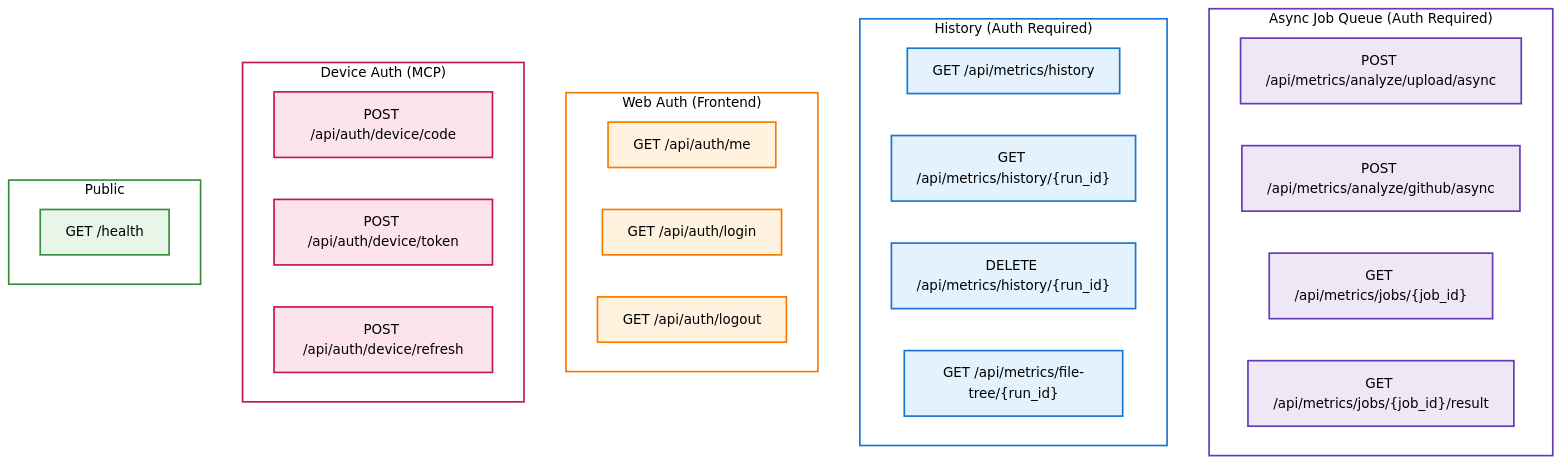
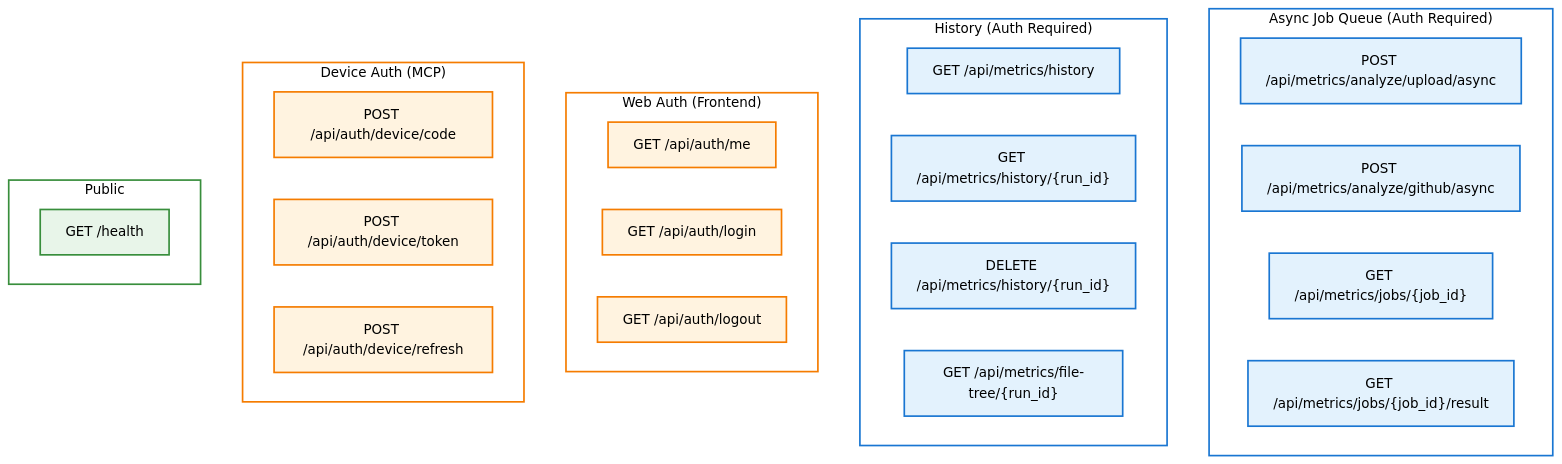
Before and after one commit to evanalulu/vibe8-docs: the sixth of 12 diagrams in diagrams.md, drawn with Mermaid. The commit also changed other lines of this file, not shown here.

First line of the commit message:
Update diagram colors and layouts for visual consistency

````diff
--- a/diagrams.md
+++ b/diagrams.md
@@ -314,66 +300,66 @@
 ```mermaid
 ---
 config:
  theme: base
  themeVariables:
    primaryColor: '#E3F2FD'
    primaryTextColor: '#000'
    primaryBorderColor: '#1976D2'
    lineColor: '#1976D2'
    secondaryColor: '#FFF3E0'
    tertiaryColor: '#F1F8E9'
    noteBkgColor: '#E8EAF6'
    noteTextColor: '#000'
    noteBorderColor: '#3F51B5'
    edgeLabelBackground: '#ffffff'
    clusterBkg: '#ffffff'
    clusterBorder: '#1976D2'
    titleColor: '#000'
 ---
 flowchart TB
 subgraph Async["Async Job Queue (Auth Required)"]
        A1["POST /api/metrics/analyze/upload/async"]
        A2["POST /api/metrics/analyze/github/async"]
        A3["GET /api/metrics/jobs/{job_id}"]
        A4["GET /api/metrics/jobs/{job_id}/result"]
  end
 subgraph History["History (Auth Required)"]
        B2["GET /api/metrics/history"]
        B3["GET /api/metrics/history/{run_id}"]
        B4["DELETE /api/metrics/history/{run_id}"]
        B5["GET /api/metrics/file-tree/{run_id}"]
  end
 subgraph Auth2["Web Auth (Frontend)"]
        D1["GET /api/auth/me"]
        D2["GET /api/auth/login"]
        D3["GET /api/auth/logout"]
  end
 subgraph Device["Device Auth (MCP)"]
        E1["POST /api/auth/device/code"]
        E2["POST /api/auth/device/token"]
        E3["POST /api/auth/device/refresh"]
  end
 subgraph Public["Public"]
        C1["GET /health"]
  end
-   style A1 fill:#EDE7F6,stroke:#673AB7,stroke-width:2px,color:#000
-   style A2 fill:#EDE7F6,stroke:#673AB7,stroke-width:2px,color:#000
-   style A3 fill:#EDE7F6,stroke:#673AB7,stroke-width:2px,color:#000
-   style A4 fill:#EDE7F6,stroke:#673AB7,stroke-width:2px,color:#000
+   style A1 fill:#E3F2FD,stroke:#1976D2,stroke-width:2px,color:#000
+   style A2 fill:#E3F2FD,stroke:#1976D2,stroke-width:2px,color:#000
+   style A3 fill:#E3F2FD,stroke:#1976D2,stroke-width:2px,color:#000
+   style A4 fill:#E3F2FD,stroke:#1976D2,stroke-width:2px,color:#000
    style B2 fill:#E3F2FD,stroke:#1976D2,stroke-width:2px,color:#000
    style B3 fill:#E3F2FD,stroke:#1976D2,stroke-width:2px,color:#000
    style B4 fill:#E3F2FD,stroke:#1976D2,stroke-width:2px,color:#000
    style B5 fill:#E3F2FD,stroke:#1976D2,stroke-width:2px,color:#000
    style D1 fill:#FFF3E0,stroke:#F57C00,stroke-width:2px,color:#000
    style D2 fill:#FFF3E0,stroke:#F57C00,stroke-width:2px,color:#000
    style D3 fill:#FFF3E0,stroke:#F57C00,stroke-width:2px,color:#000
-   style E1 fill:#FCE4EC,stroke:#C2185B,stroke-width:2px,color:#000
-   style E2 fill:#FCE4EC,stroke:#C2185B,stroke-width:2px,color:#000
-   style E3 fill:#FCE4EC,stroke:#C2185B,stroke-width:2px,color:#000
+   style E1 fill:#FFF3E0,stroke:#F57C00,stroke-width:2px,color:#000
+   style E2 fill:#FFF3E0,stroke:#F57C00,stroke-width:2px,color:#000
+   style E3 fill:#FFF3E0,stroke:#F57C00,stroke-width:2px,color:#000
    style C1 fill:#E8F5E9,stroke:#388E3C,stroke-width:2px,color:#000
-   style Async fill:transparent,stroke:#673AB7,stroke-width:2px,color:#000
+   style Async fill:transparent,stroke:#1976D2,stroke-width:2px,color:#000
    style History fill:transparent,stroke:#1976D2,stroke-width:2px,color:#000
    style Auth2 fill:transparent,stroke:#F57C00,stroke-width:2px,color:#000
-   style Device fill:transparent,stroke:#C2185B,stroke-width:2px,color:#000
+   style Device fill:transparent,stroke:#F57C00,stroke-width:2px,color:#000
    style Public fill:transparent,stroke:#388E3C,stroke-width:2px,color:#000
 ```
````
